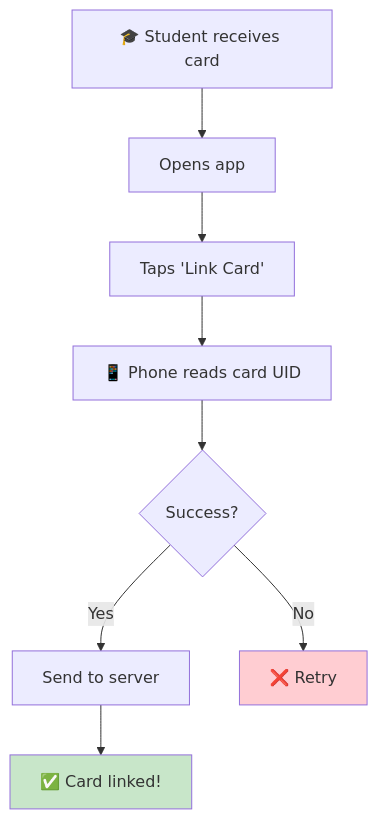
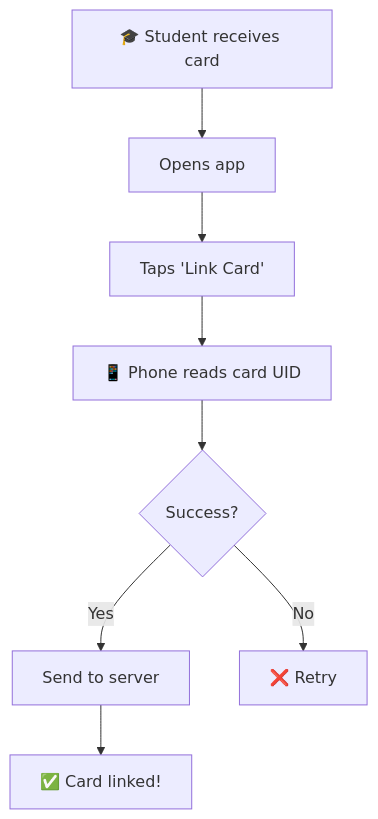
Before and after one commit to South-33/SmartCampus: the first of 7 diagrams in README.md, drawn with Mermaid. The commit also changed other lines of this file, not shown here.

Commit message:
docs: local-first architecture + anti-cheat + notifications

````diff
--- a/README.md
+++ b/README.md
@@ -59,13 +59,10 @@
 ```mermaid
 flowchart TD
     A[🎓 Student receives card] --> B[Opens app]
     B --> C[Taps 'Link Card']
     C --> D[📱 Phone reads card UID]
     D --> E{Success?}
     E -->|Yes| F[Send to server]
     E -->|No| G[❌ Retry]
     F --> H[✅ Card linked!]
-    
-    style H fill:#c8e6c9
-    style G fill:#ffcdd2
 ```
````
